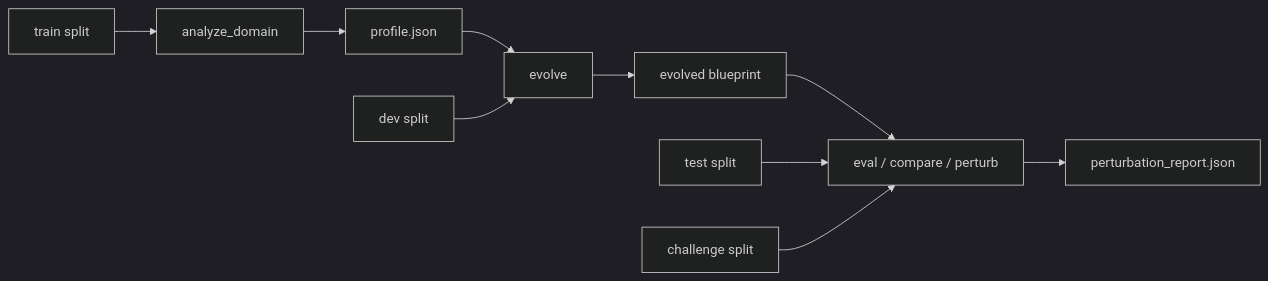
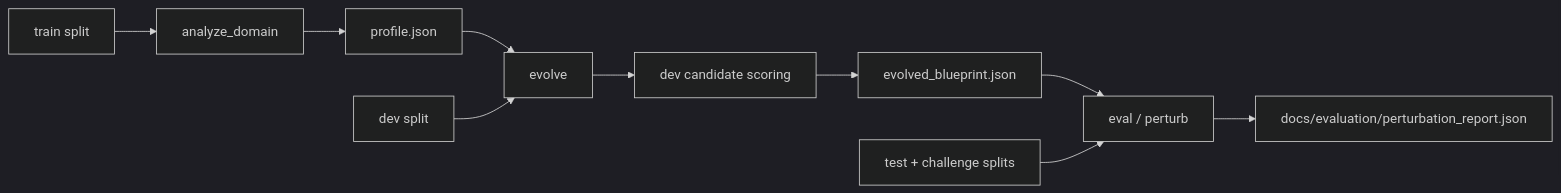
The diagram in README.md (lmnst/stem_agent), drawn with Mermaid (dark theme) before and after one commit. The commit also changed other lines of this file, not shown here.

````diff
--- a/README.md
+++ b/README.md
@@ -42,19 +28,19 @@
 ```mermaid
 flowchart LR
     train[train split]
     dev[dev split]
     analyze[analyze_domain]
     profile[profile.json]
-    ev[evolve]
-    bp[evolved blueprint]
-    test[test split]
-    challenge[challenge split]
-    runs[eval / compare / perturb]
-    report[perturbation_report.json]
+    evolve[evolve]
+    score[dev candidate scoring]
+    blueprint[evolved_blueprint.json]
+    splits[test + challenge splits]
+    runs[eval / perturb]
+    report[docs/evaluation/perturbation_report.json]
 
-    train --> analyze --> profile --> ev
-    dev --> ev --> bp --> runs
-    test --> runs
-    challenge --> runs
+    train --> analyze --> profile --> evolve
+    dev --> evolve --> score --> blueprint
+    blueprint --> runs
+    splits --> runs
     runs --> report
 ```
````
